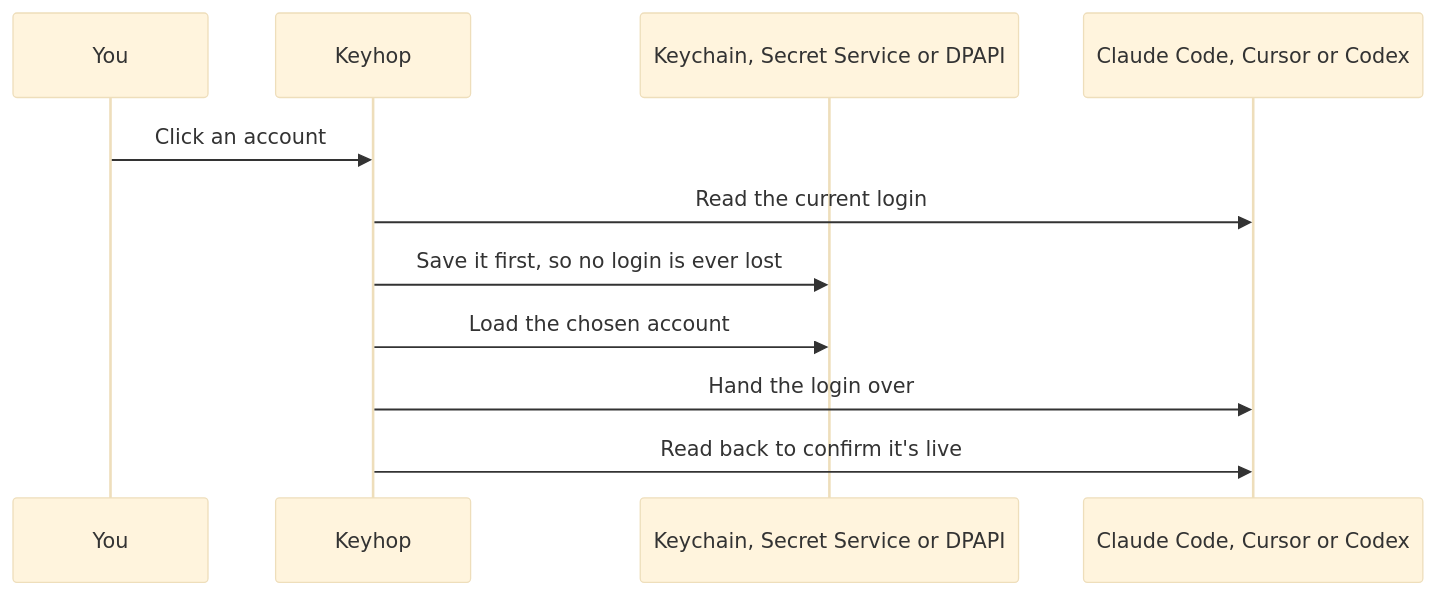
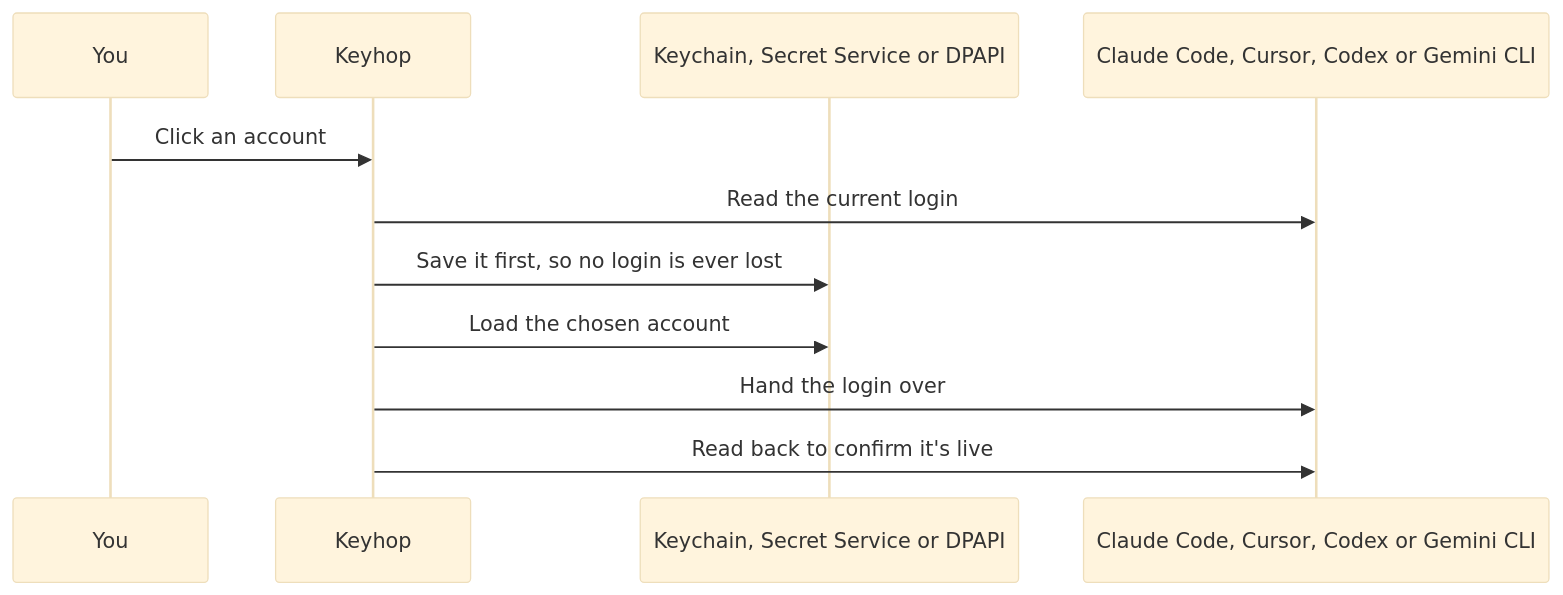
Before and after one commit to dominikzabcik/keyhop: the diagram in README.md, drawn with Mermaid (base theme). The commit also changed other lines of this file and 42 other files, not shown here.

Commit message:
feat: add native Gemini CLI support

````diff
--- a/README.md
+++ b/README.md
@@ -169,13 +170,13 @@
 ```mermaid
 sequenceDiagram
     participant You
     participant Keyhop
     participant Store as Keychain, Secret Service or DPAPI
-    participant Tool as Claude Code, Cursor or Codex
+    participant Tool as Claude Code, Cursor, Codex or Gemini CLI
     You->>Keyhop: Click an account
     Keyhop->>Tool: Read the current login
     Keyhop->>Store: Save it first, so no login is ever lost
     Keyhop->>Store: Load the chosen account
     Keyhop->>Tool: Hand the login over
     Keyhop->>Tool: Read back to confirm it's live
 ```
````
